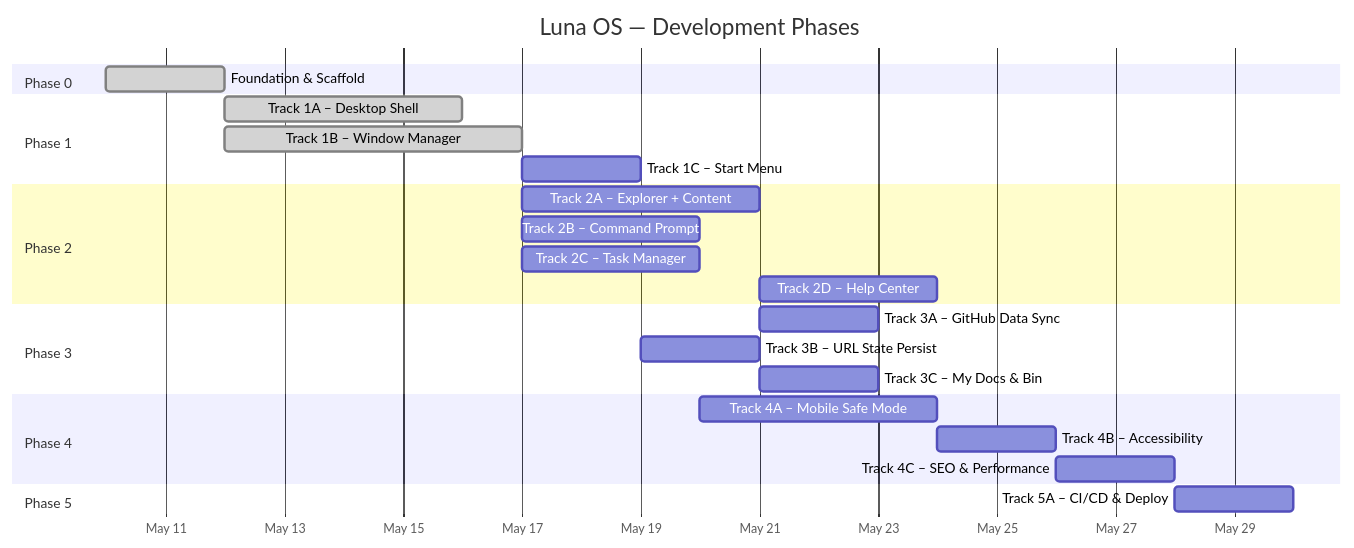
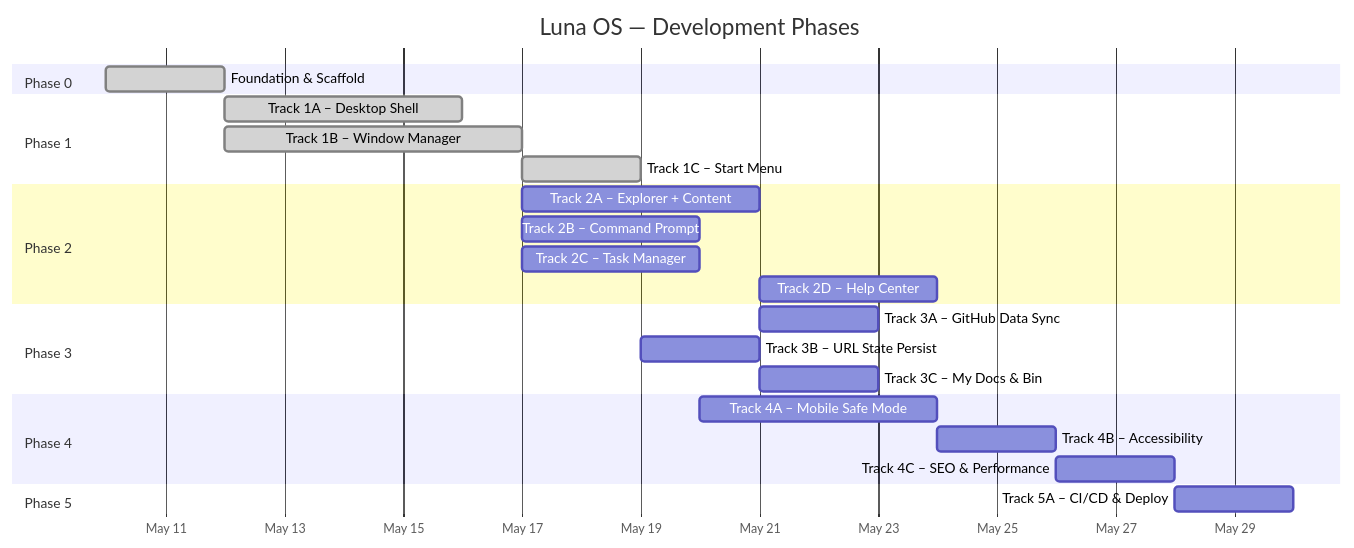
Before and after one commit to mansyar/portfolio-v3: the first of 2 diagrams in docs/ROADMAP.md, drawn with Mermaid. The commit also changed other lines of this file, not shown here.

Commit message:
docs: Update ROADMAP with completed Track 1C — Start Menu

````diff
--- a/docs/ROADMAP.md
+++ b/docs/ROADMAP.md
@@ -11,33 +11,33 @@
 ```mermaid
 gantt
     title Luna OS — Development Phases
     dateFormat  YYYY-MM-DD
     axisFormat  %b %d
 
     section Phase 0
     Foundation & Scaffold         :done, p0, 2026-05-10, 2d
 
     section Phase 1
     Track 1A – Desktop Shell      :done, p1a, after p0, 4d
     Track 1B – Window Manager     :done, p1b, after p0, 5d
-    Track 1C – Start Menu         :p1c, after p1b, 2d
+    Track 1C – Start Menu         :done, p1c, after p1b, 2d
 
     section Phase 2
     Track 2A – Explorer + Content :p2a, after p1b, 4d
     Track 2B – Command Prompt     :p2b, after p1b, 3d
     Track 2C – Task Manager       :p2c, after p1b, 3d
     Track 2D – Help Center        :p2d, after p2a, 3d
 
     section Phase 3
     Track 3A – GitHub Data Sync   :p3a, after p2a, 2d
     Track 3B – URL State Persist  :p3b, after p1c, 2d
     Track 3C – My Docs & Bin      :p3c, after p2a, 2d
 
     section Phase 4
     Track 4A – Mobile Safe Mode   :p4a, after p2b, 4d
     Track 4B – Accessibility      :p4b, after p4a, 2d
     Track 4C – SEO & Performance  :p4c, after p4b, 2d
 
     section Phase 5
     Track 5A – CI/CD & Deploy     :p5a, after p4c, 2d
 ```
````
